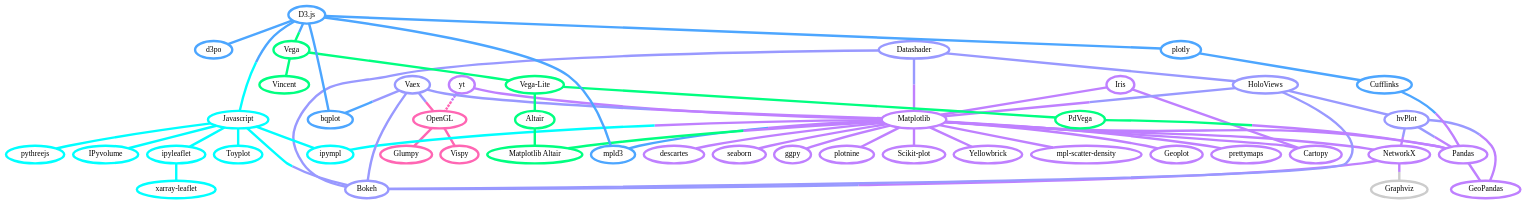
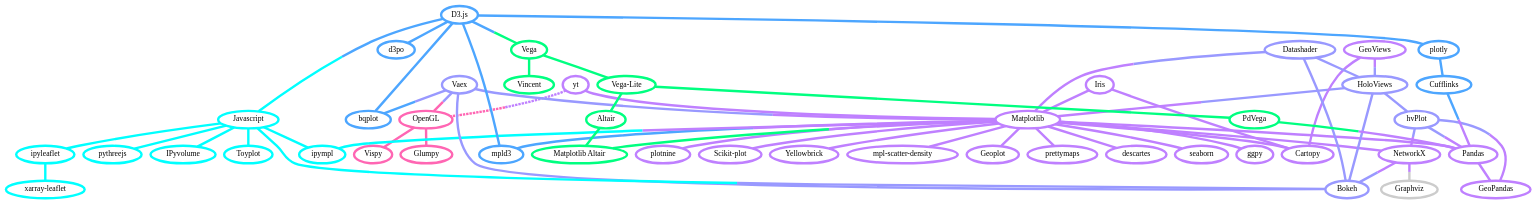
The diagram in docs/overview.rst (veit/pyviz-tutorial-de), drawn with Graphviz before and after one commit. The commit also changed other lines of this file and 2 other files, not shown here.

Commit message:
Add GeoViews

```diff
--- a/docs/overview.rst
+++ b/docs/overview.rst
@@ -186,6 +186,12 @@
             color="#9999FF",
             target="_top",
             href="../bokeh/integration/holoviews/hvplot/index.html"]
+        geoviews [
+            label="GeoViews",
+            tooltip="Analysieren und Visualisieren von\ngeographischen, meterologischen\nund ozeanischen Daten",
+            color="#BF80FF",
+            target="_top",
+            href="../bokeh/integration/holoviews/geoviews.html"]
         datashader [
             label="Datashader",
             tooltip="Grafik-Pipeline-System für\naussagekräftige Darstellungen\ngroßer Datensätze",
@@ -195,6 +201,8 @@
         vaex -- bokeh [color="#9999FF"]
         holoviews -- bokeh [color="#9999FF"]
         holoviews -- hvplot [color="#9999FF"]
+        geoviews -- holoviews [color="#BF80FF;0.5:#9999FF"]
+        geoviews -- cartopy [color="#BF80FF"]
         hvplot -- pandas [color="#9999FF;0.5:#BF80FF"]
         hvplot -- geopandas [color="#9999FF;0.5:#BF80FF"]
         hvplot -- networkx [color="#9999FF;0.5:#BF80FF"]
```
